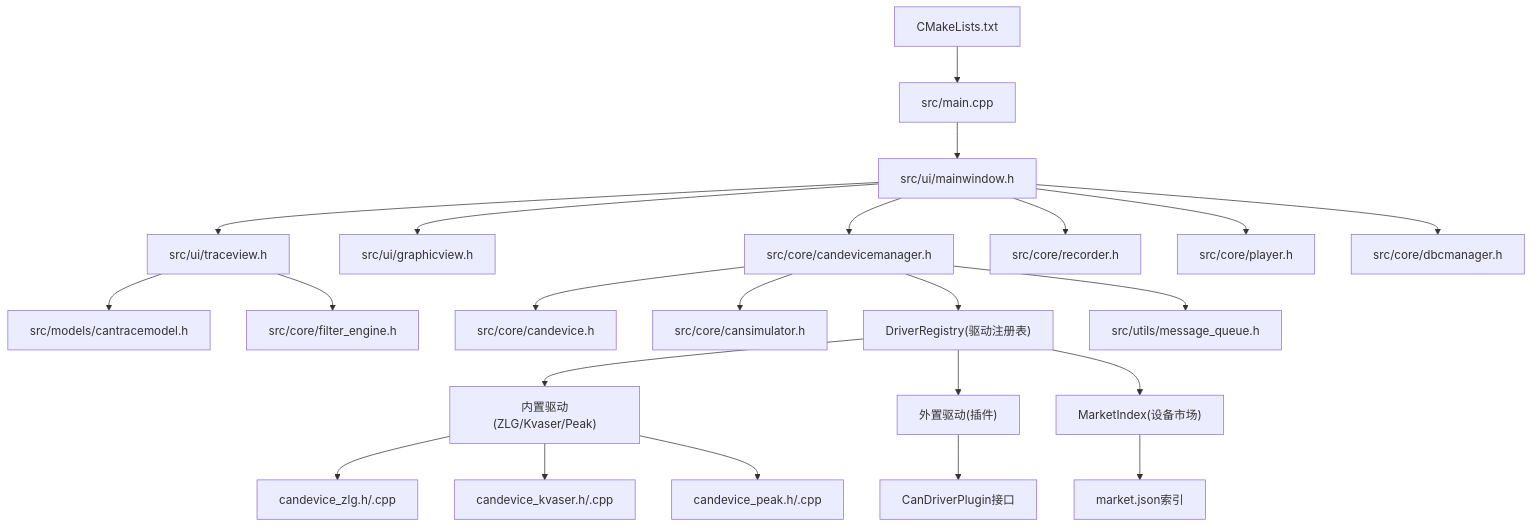
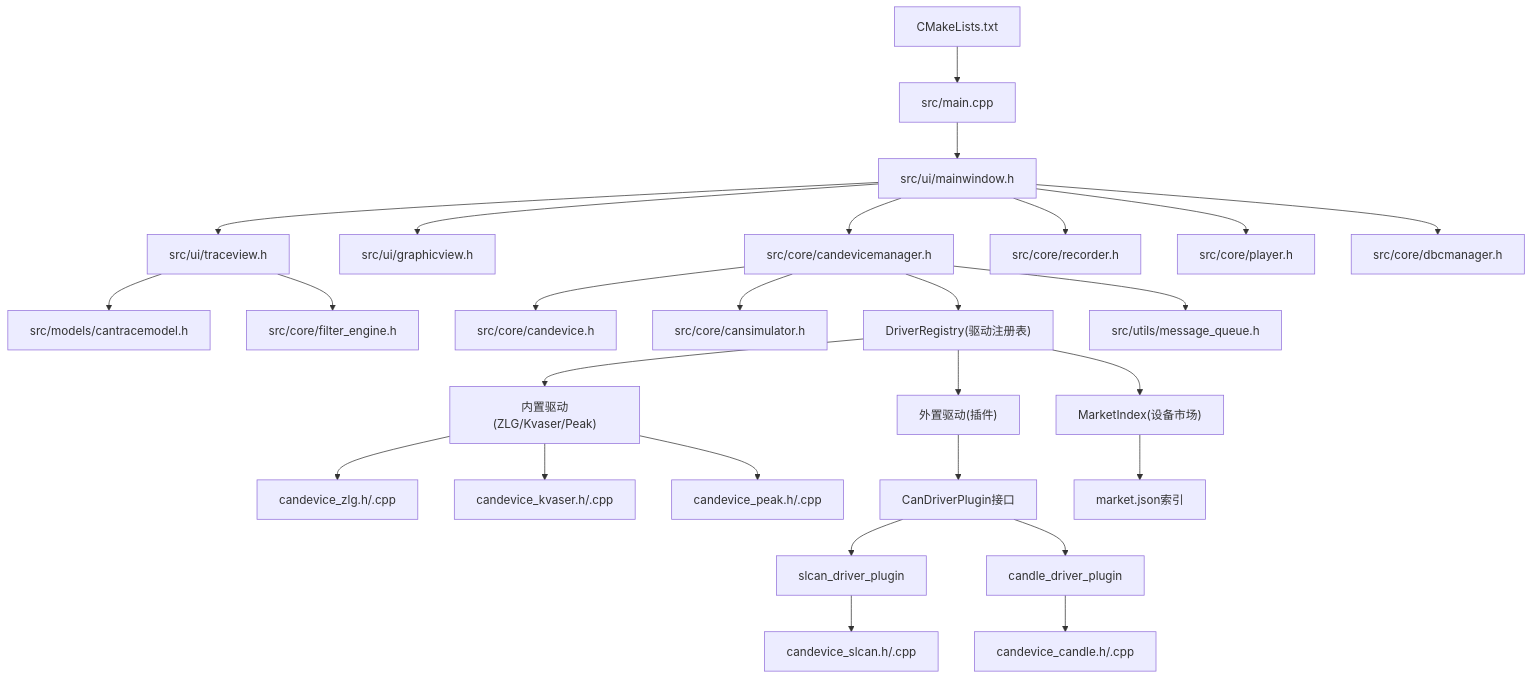
Before and after one commit to jakecai1225-design/OpenBus: the first of 7 diagrams in .qoder/repowiki/zh/content/核心模块详解/CAN设备管理系统.md, drawn with Mermaid. The commit also changed other lines of this file and 95 other files, not shown here.

Commit message:
图标

````diff
--- a/.qoder/repowiki/zh/content/核心模块详解/CAN设备管理系统.md
+++ b/.qoder/repowiki/zh/content/核心模块详解/CAN设备管理系统.md
@@ -73,25 +82,29 @@
 ```mermaid
 graph TB
 A["CMakeLists.txt"] --> B["src/main.cpp"]
 B --> C["src/ui/mainwindow.h"]
 C --> D["src/ui/traceview.h"]
 C --> E["src/ui/graphicview.h"]
 C --> F["src/core/candevicemanager.h"]
 F --> G["src/core/candevice.h"]
 F --> H["src/core/cansimulator.h"]
 F --> I["DriverRegistry(驱动注册表)"]
 I --> J["内置驱动(ZLG/Kvaser/Peak)"]
 I --> K["外置驱动(插件)"]
 I --> L["MarketIndex(设备市场)"]
 J --> M["candevice_zlg.h/.cpp"]
 J --> N["candevice_kvaser.h/.cpp"]
 J --> O["candevice_peak.h/.cpp"]
 K --> P["CanDriverPlugin接口"]
 L --> Q["market.json索引"]
-D --> R["src/models/cantracemodel.h"]
-D --> S["src/core/filter_engine.h"]
-C --> T["src/core/recorder.h"]
-C --> U["src/core/player.h"]
-C --> V["src/core/dbcmanager.h"]
-F --> W["src/utils/message_queue.h"]
+P --> R["slcan_driver_plugin"]
+P --> S["candle_driver_plugin"]
+R --> T["candevice_slcan.h/.cpp"]
+S --> U["candevice_candle.h/.cpp"]
+D --> V["src/models/cantracemodel.h"]
+D --> W["src/core/filter_engine.h"]
+C --> X["src/core/recorder.h"]
+C --> Y["src/core/player.h"]
+C --> Z["src/core/dbcmanager.h"]
+F --> AA["src/utils/message_queue.h"]
 ```
````
